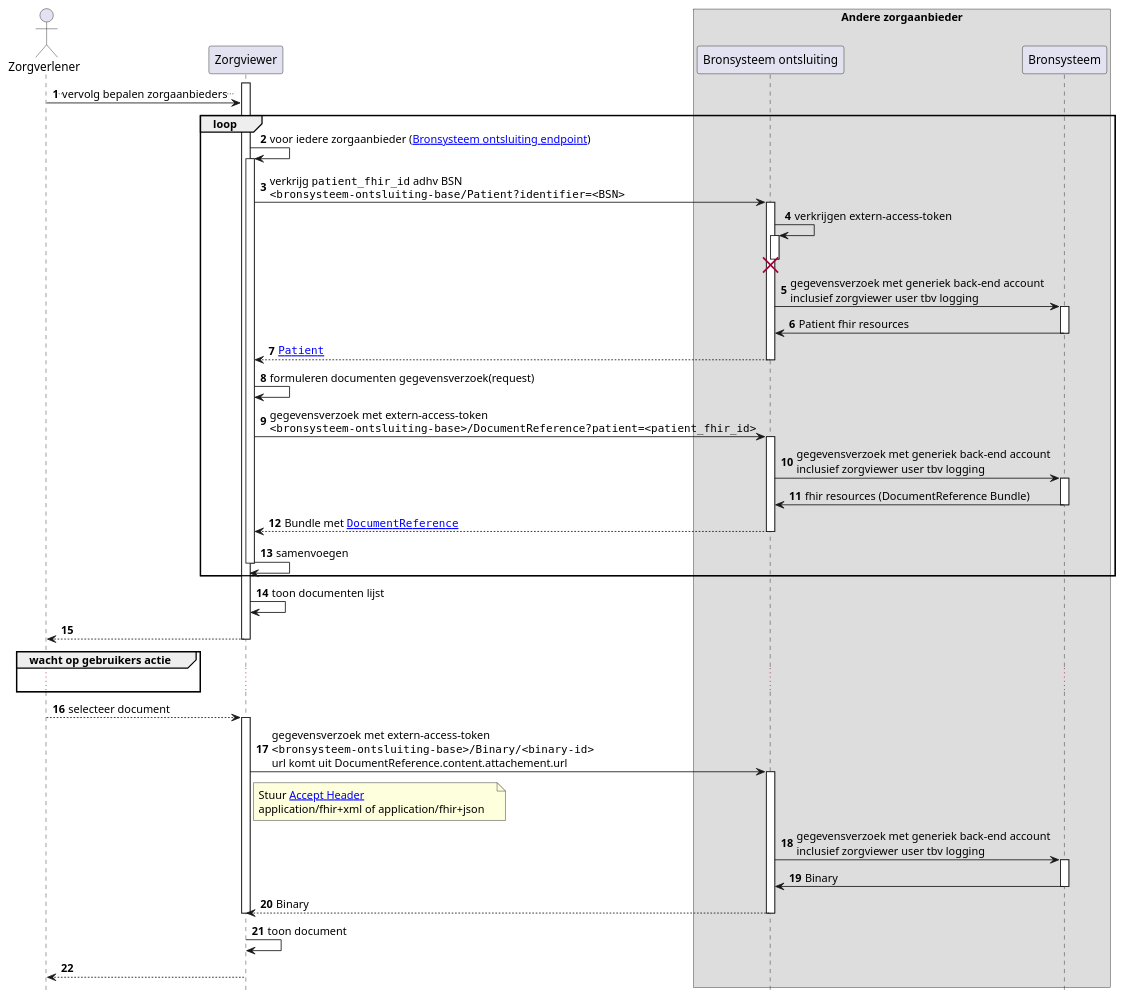
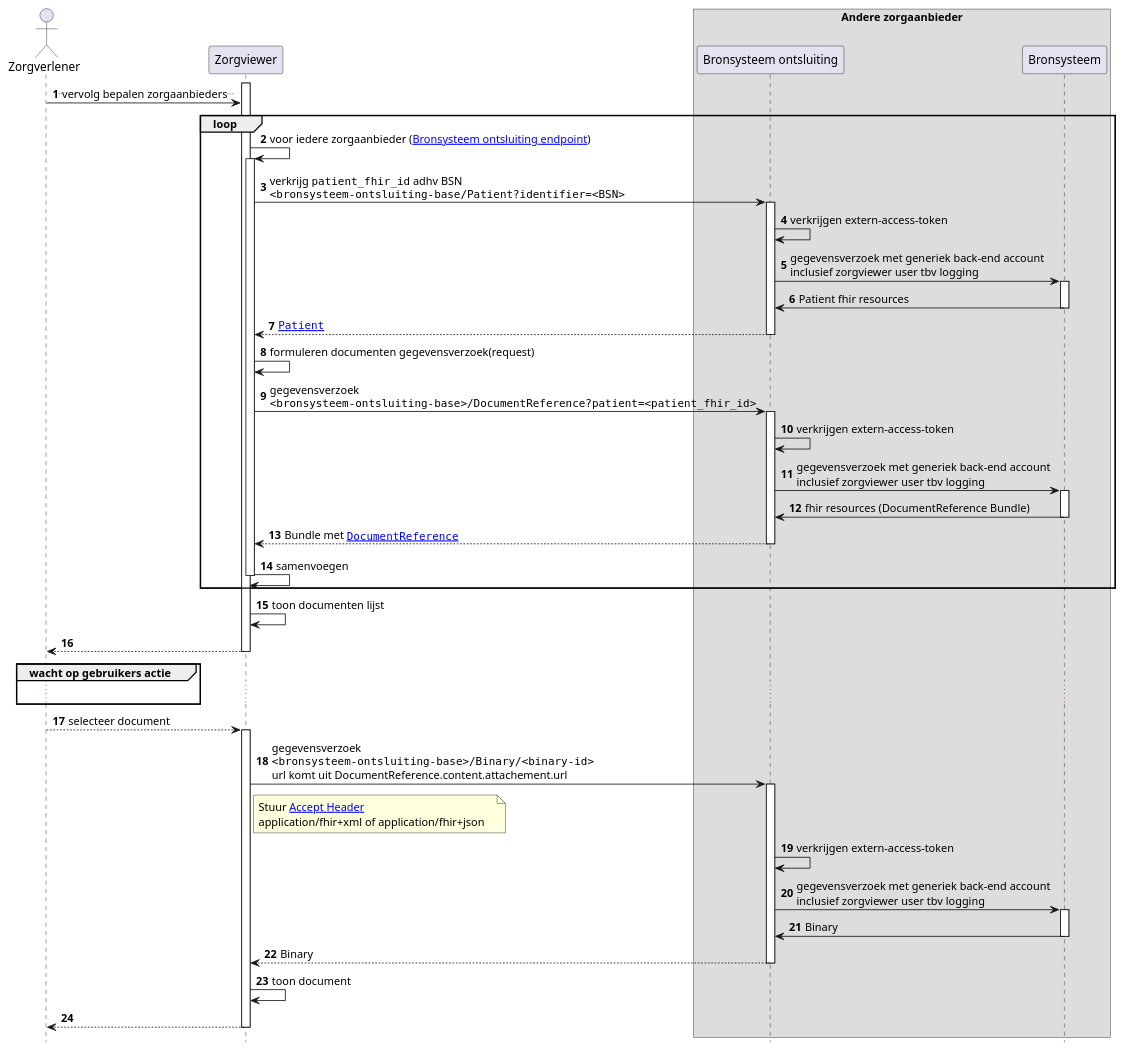
The diagram in input/images-source/Zorgviewer-seq-4.plantuml (RIVO-Noord/zorgviewer-ig), drawn with PlantUML before and after one commit. The commit also changed 1 other file, not shown here.

```diff
--- a/input/images-source/Zorgviewer-seq-4.plantuml
+++ b/input/images-source/Zorgviewer-seq-4.plantuml
@@ -1,64 +1,64 @@
 @startuml
 hide footbox
 autonumber
 
 actor Zorgverlener
 participant Zorgviewer
 box "Andere zorgaanbieder"
 participant "Bronsysteem ontsluiting" as Bron
 participant Bronsysteem
 end box
 
 activate Zorgviewer
 Zorgverlener->Zorgviewer: ..vervolg bepalen zorgaanbieders..
 loop
     Zorgviewer->Zorgviewer: voor iedere zorgaanbieder ([[Endpoint-UMCG.html Bronsysteem ontsluiting endpoint]])
     activate Zorgviewer
     Zorgviewer->Bron : verkrijg ""patient_fhir_id"" adhv BSN\n""<bronsysteem-ontsluiting-base/Patient?identifier=<BSN>""
     activate Bron
-    Bron->Bron++ : verkrijgen extern-access-token
-    destroy Bron
+    Bron->Bron : verkrijgen extern-access-token
     Bron->Bronsysteem : gegevensverzoek met generiek back-end account\ninclusief zorgviewer user tbv logging
     activate Bronsysteem
     Bronsysteem->Bron: Patient fhir resources
     deactivate Bronsysteem
     Bron-->Zorgviewer : ""[[StructureDefinition-Patient.html Patient]]""
     deactivate Bron
     Zorgviewer->Zorgviewer: formuleren documenten gegevensverzoek(request)
-    Zorgviewer->Bron: gegevensverzoek met extern-access-token\n""<bronsysteem-ontsluiting-base>/DocumentReference?patient=<patient_fhir_id>""
+    Zorgviewer->Bron: gegevensverzoek\n""<bronsysteem-ontsluiting-base>/DocumentReference?patient=<patient_fhir_id>""
     activate Bron
+    Bron->Bron : verkrijgen extern-access-token
     Bron->Bronsysteem : gegevensverzoek met generiek back-end account\ninclusief zorgviewer user tbv logging
     activate Bronsysteem
     Bronsysteem->Bron: fhir resources (DocumentReference Bundle)
     deactivate Bronsysteem
     Bron-->Zorgviewer: Bundle met ""[[StructureDefinition-DocumentReference.html DocumentReference]]""
     deactivate Bron
     Zorgviewer->Zorgviewer: samenvoegen
     deactivate Zorgviewer
 end
 Zorgviewer->Zorgviewer: toon documenten lijst
 Zorgviewer-->Zorgverlener
 deactivate Zorgviewer
 group wacht op gebruikers actie
 ...
 end
 Zorgverlener-->Zorgviewer: selecteer document
 activate Zorgviewer
-Zorgviewer->Bron: gegevensverzoek met extern-access-token\n""<bronsysteem-ontsluiting-base>/Binary/<binary-id>""\nurl komt uit DocumentReference.content.attachement.url
+Zorgviewer->Bron: gegevensverzoek\n""<bronsysteem-ontsluiting-base>/Binary/<binary-id>""\nurl komt uit DocumentReference.content.attachement.url
 note right Zorgviewer
     Stuur [[http://hl7.org/fhir/STU3/binary.html#rest Accept Header]]
     application/fhir+xml of application/fhir+json   
 end note
 activate Bron
+Bron->Bron : verkrijgen extern-access-token
 Bron->Bronsysteem : gegevensverzoek met generiek back-end account\ninclusief zorgviewer user tbv logging
 activate Bronsysteem
 Bronsysteem->Bron: Binary
 deactivate Bronsysteem
 Bron-->Zorgviewer: Binary
 deactivate Bron
-deactivate Zorgviewer
 Zorgviewer->Zorgviewer: toon document
 Zorgviewer-->Zorgverlener
 deactivate Zorgviewer
 
 @enduml
```
